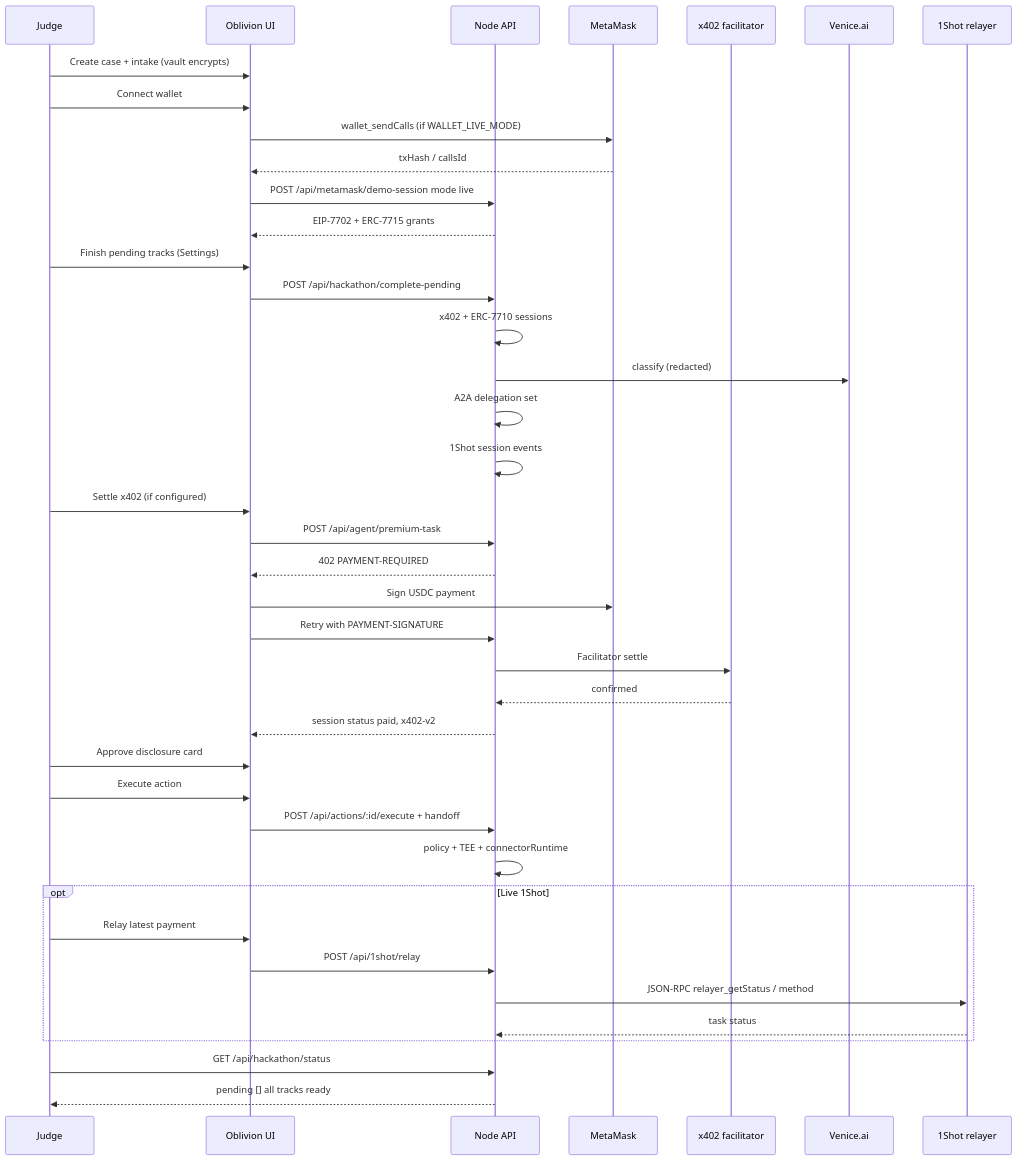
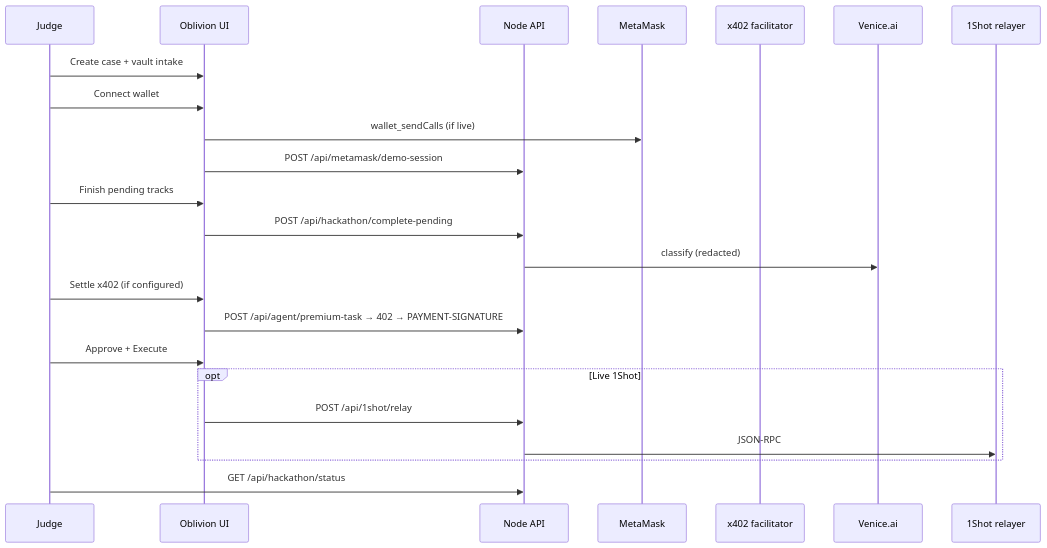
One commit to thomasjvu/oblivion changed the second of 2 diagrams in docs/src/docs/content/developers/hackathon-demo.md. Above: the diagram before and after it, drawn with Mermaid. The commit also changed other lines of this file and 28 other files, not shown here.

First line of the commit message:
Fix mermaid rendering and polish docs site UI

````diff
--- a/docs/src/docs/content/developers/hackathon-demo.md
+++ b/docs/src/docs/content/developers/hackathon-demo.md
@@ -136,48 +114,26 @@
 ```mermaid
 sequenceDiagram
   participant Judge
   participant UI as Oblivion UI
   participant API as Node API
   participant MM as MetaMask
   participant X402 as x402 facilitator
   participant Venice as Venice.ai
   participant Shot as 1Shot relayer
 
-  Judge->>UI: Create case + intake (vault encrypts)
+  Judge->>UI: Create case + vault intake
   Judge->>UI: Connect wallet
-  UI->>MM: wallet_sendCalls (if WALLET_LIVE_MODE)
-  MM-->>UI: txHash / callsId
-  UI->>API: POST /api/metamask/demo-session mode live
-  API-->>UI: EIP-7702 + ERC-7715 grants
-
-  Judge->>UI: Finish pending tracks (Settings)
+  UI->>MM: wallet_sendCalls (if live)
+  UI->>API: POST /api/metamask/demo-session
+  Judge->>UI: Finish pending tracks
   UI->>API: POST /api/hackathon/complete-pending
-  API->>API: x402 + ERC-7710 sessions
   API->>Venice: classify (redacted)
-  API->>API: A2A delegation set
-  API->>API: 1Shot session events
-
   Judge->>UI: Settle x402 (if configured)
-  UI->>API: POST /api/agent/premium-task
-  API-->>UI: 402 PAYMENT-REQUIRED
-  UI->>MM: Sign USDC payment
-  UI->>API: Retry with PAYMENT-SIGNATURE
-  API->>X402: Facilitator settle
-  X402-->>API: confirmed
-  API-->>UI: session status paid, x402-v2
-
-  Judge->>UI: Approve disclosure card
-  Judge->>UI: Execute action
-  UI->>API: POST /api/actions/:id/execute + handoff
-  API->>API: policy + TEE + connectorRuntime
-
+  UI->>API: POST /api/agent/premium-task → 402 → PAYMENT-SIGNATURE
+  Judge->>UI: Approve + Execute
   opt Live 1Shot
-    Judge->>UI: Relay latest payment
     UI->>API: POST /api/1shot/relay
-    API->>Shot: JSON-RPC relayer_getStatus / method
-    Shot-->>API: task status
+    API->>Shot: JSON-RPC
   end
-
   Judge->>API: GET /api/hackathon/status
-  API-->>Judge: pending [] all tracks ready
 ```
````
